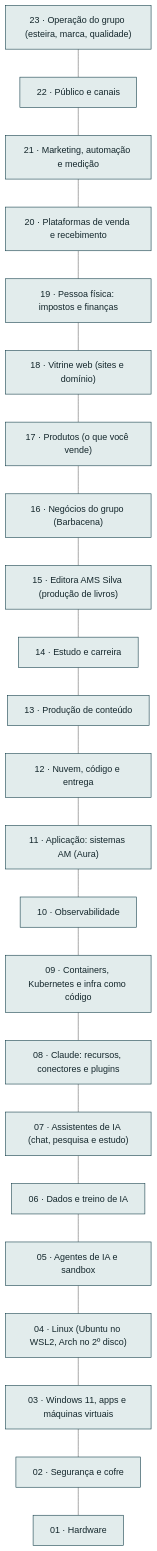
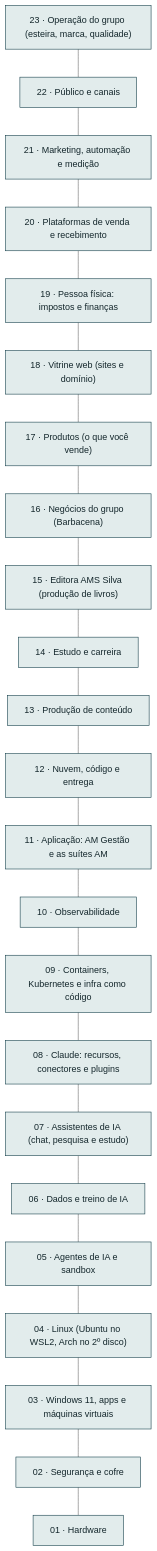
The first of 2 diagrams in README.md (AlanMateus17/dev-setup), drawn with Mermaid (neutral theme) before and after one commit. The commit also changed other lines of this file and 78 other files, not shown here.

````diff
--- a/README.md
+++ b/README.md
@@ -36,50 +36,50 @@
 ```mermaid
 flowchart TB
   L_oper["23 · Operação do grupo (esteira, marca, qualidade)"]
   L_pub["22 · Público e canais"]
   L_mkt["21 · Marketing, automação e medição"]
   L_venda["20 · Plataformas de venda e recebimento"]
   L_emp["19 · Pessoa física: impostos e finanças"]
   L_web["18 · Vitrine web (sites e domínio)"]
   L_prod["17 · Produtos (o que você vende)"]
   L_neg["16 · Negócios do grupo (Barbacena)"]
   L_editora["15 · Editora AMS Silva (produção de livros)"]
   L_est["14 · Estudo e carreira"]
   L_cont["13 · Produção de conteúdo"]
   L_nuvem["12 · Nuvem, código e entrega"]
-  L_app["11 · Aplicação: sistemas AM (Aura)"]
+  L_app["11 · Aplicação: AM Gestão e as suítes AM"]
   L_obs["10 · Observabilidade"]
   L_cnt["09 · Containers, Kubernetes e infra como código"]
   L_clc["08 · Claude: recursos, conectores e plugins"]
   L_chat["07 · Assistentes de IA (chat, pesquisa e estudo)"]
   L_dados["06 · Dados e treino de IA"]
   L_ia["05 · Agentes de IA e sandbox"]
   L_lin["04 · Linux (Ubuntu no WSL2, Arch no 2º disco)"]
   L_win["03 · Windows 11, apps e máquinas virtuais"]
   L_seg["02 · Segurança e cofre"]
   L_hw["01 · Hardware"]
   L_oper --- L_pub
   L_pub --- L_mkt
   L_mkt --- L_venda
   L_venda --- L_emp
   L_emp --- L_web
   L_web --- L_prod
   L_prod --- L_neg
   L_neg --- L_editora
   L_editora --- L_est
   L_est --- L_cont
   L_cont --- L_nuvem
   L_nuvem --- L_app
   L_app --- L_obs
   L_obs --- L_cnt
   L_cnt --- L_clc
   L_clc --- L_chat
   L_chat --- L_dados
   L_dados --- L_ia
   L_ia --- L_lin
   L_lin --- L_win
   L_win --- L_seg
   L_seg --- L_hw
   classDef cam fill:#e2ecec,stroke:#0e3a45,color:#13262b
   class L_oper,L_pub,L_mkt,L_venda,L_emp,L_web,L_prod,L_neg,L_editora,L_est,L_cont,L_nuvem,L_app,L_obs,L_cnt,L_clc,L_chat,L_dados,L_ia,L_lin,L_win,L_seg,L_hw cam
 ```
````
